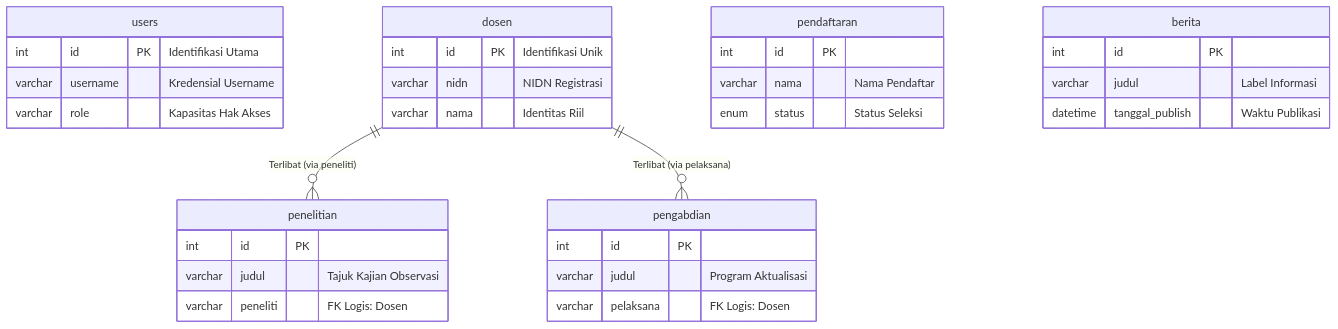
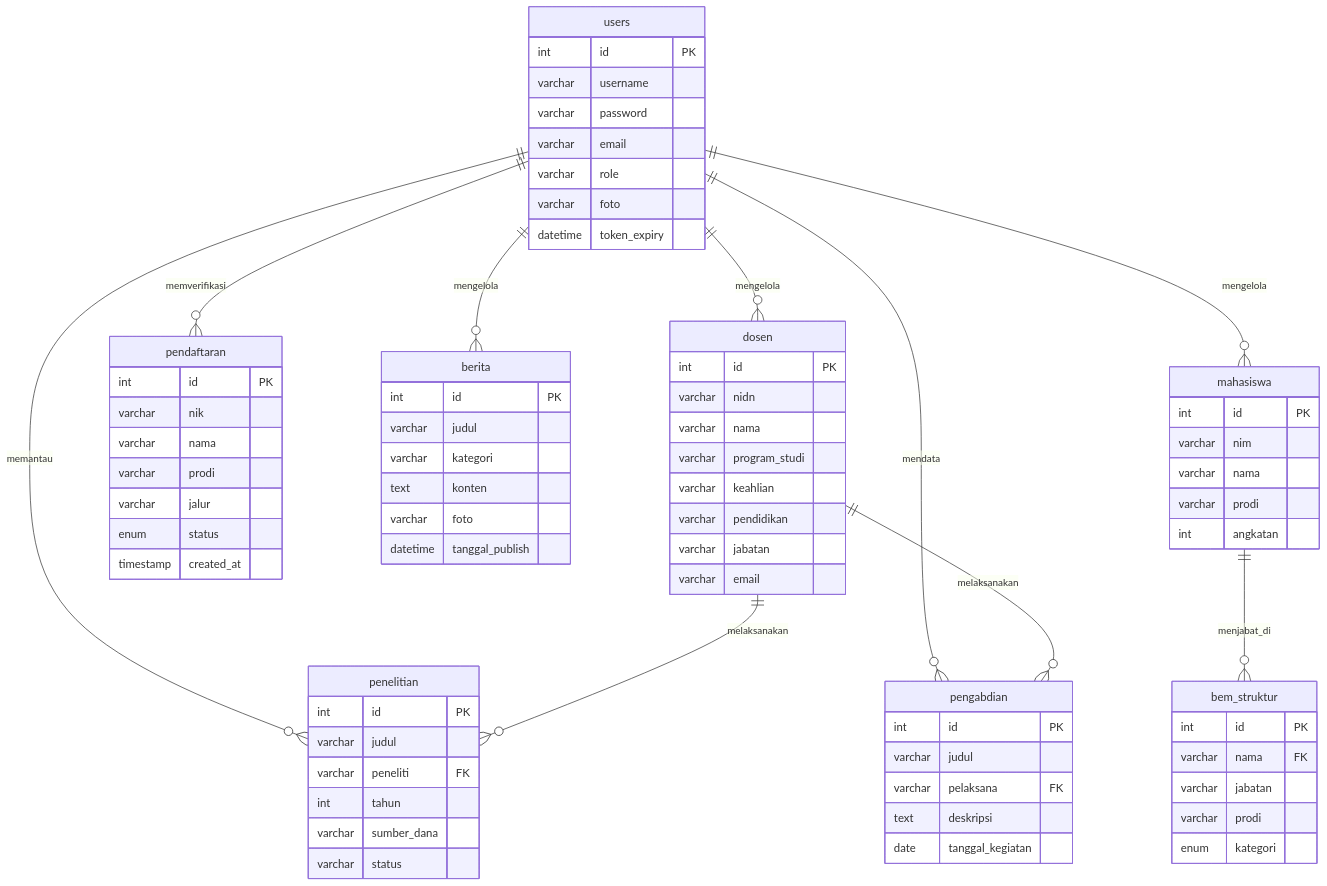
The diagram in docs/03_SKEMA_DATABASE.md (arbain-dev/Web_fikom), drawn with Mermaid before and after one commit. The commit also changed other lines of this file and 1 other file, not shown here.

Commit message:
Update ERD to feature detailed schemas and central user management relation mapping

````diff
--- a/docs/03_SKEMA_DATABASE.md
+++ b/docs/03_SKEMA_DATABASE.md
@@ -8,42 +8,88 @@
 ```mermaid
 erDiagram
     users {
-        int id PK "Identifikasi Utama"
-        varchar username "Kredensial Username"
-        varchar role "Kapasitas Hak Akses"
+        int id PK
+        varchar username
+        varchar password
+        varchar email
+        varchar role
+        varchar foto
+        datetime token_expiry
     }
 
     dosen {
-        int id PK "Identifikasi Unik"
-        varchar nidn "NIDN Registrasi"
-        varchar nama "Identitas Riil"
+        int id PK
+        varchar nidn
+        varchar nama
+        varchar program_studi
+        varchar keahlian
+        varchar pendidikan
+        varchar jabatan
+        varchar email
     }
 
     penelitian {
         int id PK
-        varchar judul "Tajuk Kajian Observasi"
-        varchar peneliti "FK Logis: Dosen"
+        varchar judul
+        varchar peneliti FK
+        int tahun
+        varchar sumber_dana
+        varchar status
     }
 
     pengabdian {
         int id PK
-        varchar judul "Program Aktualisasi"
-        varchar pelaksana "FK Logis: Dosen"
+        varchar judul
+        varchar pelaksana FK
+        text deskripsi
+        date tanggal_kegiatan
     }
 
     pendaftaran {
         int id PK
-        varchar nama "Nama Pendaftar"
-        enum status "Status Seleksi"
+        varchar nik
+        varchar nama
+        varchar prodi
+        varchar jalur
+        enum status
+        timestamp created_at
     }
 
     berita {
         int id PK
-        varchar judul "Label Informasi"
-        datetime tanggal_publish "Waktu Publikasi"
+        varchar judul
+        varchar kategori
+        text konten
+        varchar foto
+        datetime tanggal_publish
     }
 
-    %% Relasi Aktual Berdasarkan Kolom Database
-    dosen ||--o{ penelitian : "Terlibat (via peneliti)"
-    dosen ||--o{ pengabdian : "Terlibat (via pelaksana)"
+    mahasiswa {
+        int id PK
+        varchar nim
+        varchar nama
+        varchar prodi
+        int angkatan
+    }
+
+    bem_struktur {
+        int id PK
+        varchar nama FK
+        varchar jabatan
+        varchar prodi
+        enum kategori
+    }
+
+    %% Relasi Logis 
+    users ||--o{ berita : "mengelola"
+    users ||--o{ dosen : "mengelola"
+    users ||--o{ mahasiswa : "mengelola"
+    users ||--o{ pendaftaran : "memverifikasi"
+    users ||--o{ penelitian : "memantau"
+    users ||--o{ pengabdian : "mendata"
+
+    dosen ||--o{ penelitian : "melaksanakan"
+    dosen ||--o{ pengabdian : "melaksanakan"
+    
+    mahasiswa ||--o{ bem_struktur : "menjabat_di"
 ```
````
